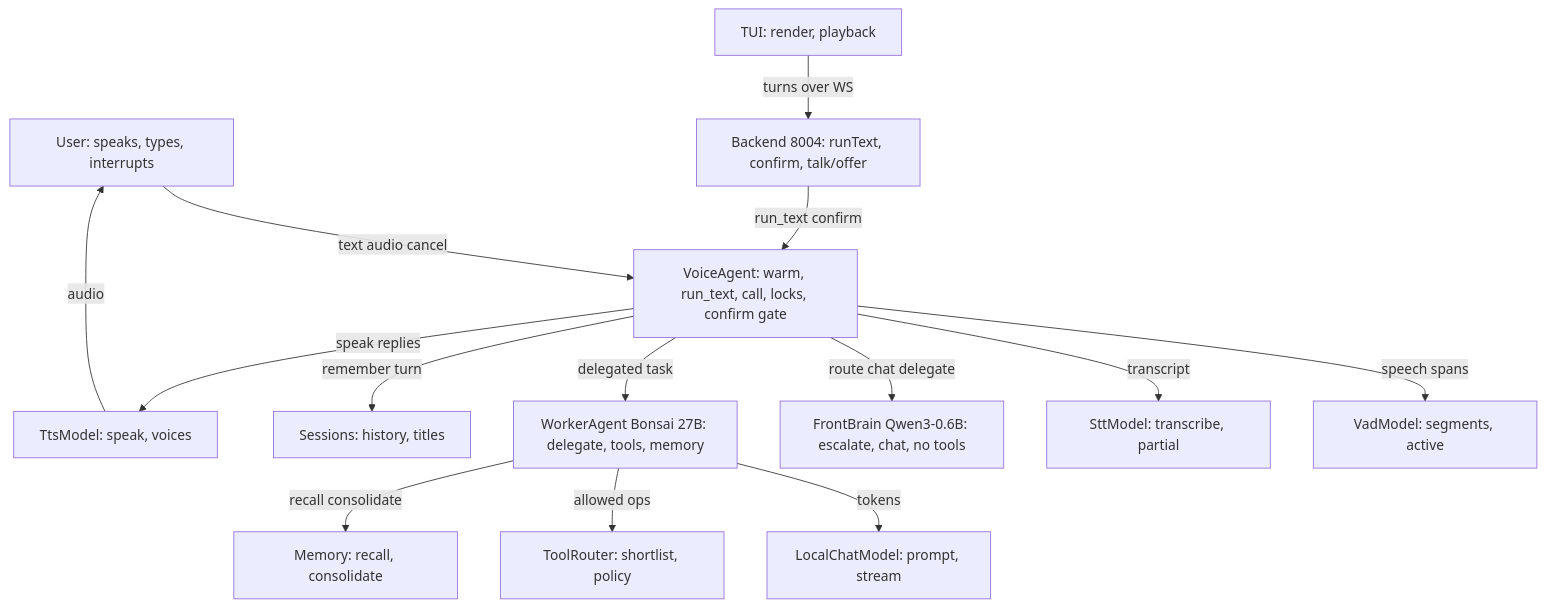
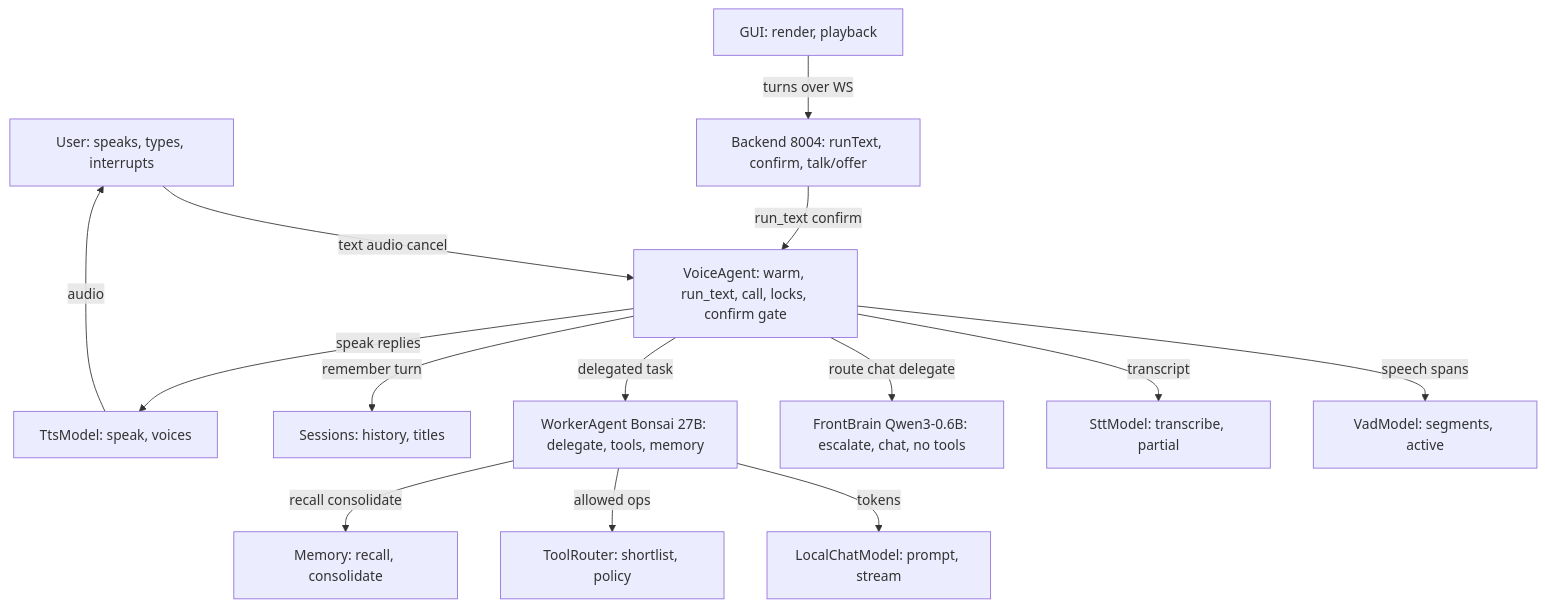
The first of 2 diagrams in docs/ARCHITECTURE.md (Se00n00/VoiceRT), drawn with Mermaid before and after one commit. The commit also changed other lines of this file and 20 other files, not shown here.

````diff
--- a/docs/ARCHITECTURE.md
+++ b/docs/ARCHITECTURE.md
@@ -13,29 +13,29 @@
 ```mermaid
 flowchart TD
     User["User: speaks, types, interrupts"]
     VoiceAgent["VoiceAgent: warm, run_text, call, locks, confirm gate"]
     VadModel["VadModel: segments, active"]
     SttModel["SttModel: transcribe, partial"]
     FrontBrain["FrontBrain Qwen3-0.6B: escalate, chat, no tools"]
     WorkerAgent["WorkerAgent Bonsai 27B: delegate, tools, memory"]
     LocalChatModel["LocalChatModel: prompt, stream"]
     TtsModel["TtsModel: speak, voices"]
     ToolRouter["ToolRouter: shortlist, policy"]
     Memory["Memory: recall, consolidate"]
     Sessions["Sessions: history, titles"]
     Bridge["Backend 8004: runText, confirm, talk/offer"]
-    TUI["TUI: render, playback"]
+    GUI["GUI: render, playback"]
     User -->|text audio cancel| VoiceAgent
     VoiceAgent -->|speech spans| VadModel
     VoiceAgent -->|transcript| SttModel
     VoiceAgent -->|route chat delegate| FrontBrain
     VoiceAgent -->|delegated task| WorkerAgent
     WorkerAgent -->|tokens| LocalChatModel
     WorkerAgent -->|allowed ops| ToolRouter
     WorkerAgent -->|recall consolidate| Memory
     VoiceAgent -->|remember turn| Sessions
     VoiceAgent -->|speak replies| TtsModel
     TtsModel -->|audio| User
     Bridge -->|run_text confirm| VoiceAgent
-    TUI -->|turns over WS| Bridge
+    GUI -->|turns over WS| Bridge
 ```
````
